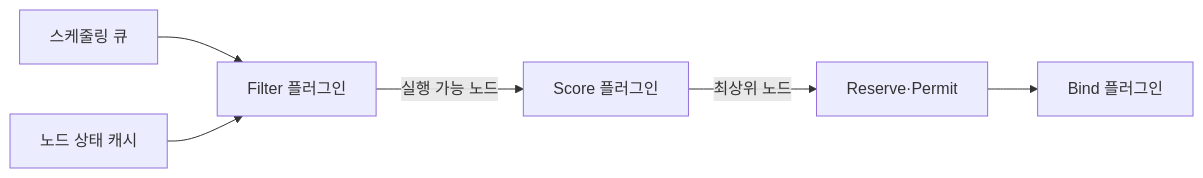
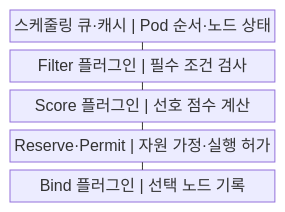
The first of 2 diagrams in src/content/docs/notes/03-software/154_kubernetes_pod_scheduling.md (agnusdei1207/knowledge-base), drawn with Mermaid before and after one commit. The commit also changed other lines of this file and 20 other files, not shown here.

````diff
--- a/src/content/docs/notes/03-software/154_kubernetes_pod_scheduling.md
+++ b/src/content/docs/notes/03-software/154_kubernetes_pod_scheduling.md
@@ -60,8 +56,13 @@
 ```mermaid
-flowchart LR
-    Q["스케줄링 큐"] --> F["Filter 플러그인"]
-    C["노드 상태 캐시"] --> F
-    F -->|"실행 가능 노드"| S["Score 플러그인"]
-    S -->|"최상위 노드"| R["Reserve·Permit"]
-    R --> B["Bind 플러그인"]
+block
+    columns 1
+    A["스케줄링 큐·캐시 | Pod 순서·노드 상태"]
+    B["Filter 플러그인 | 필수 조건 검사"]
+    C["Score 플러그인 | 선호 점수 계산"]
+    D["Reserve·Permit | 자원 가정·실행 허가"]
+    E["Bind 플러그인 | 선택 노드 기록"]
+    A --- B
+    B --- C
+    C --- D
+    D --- E
 ```
````
